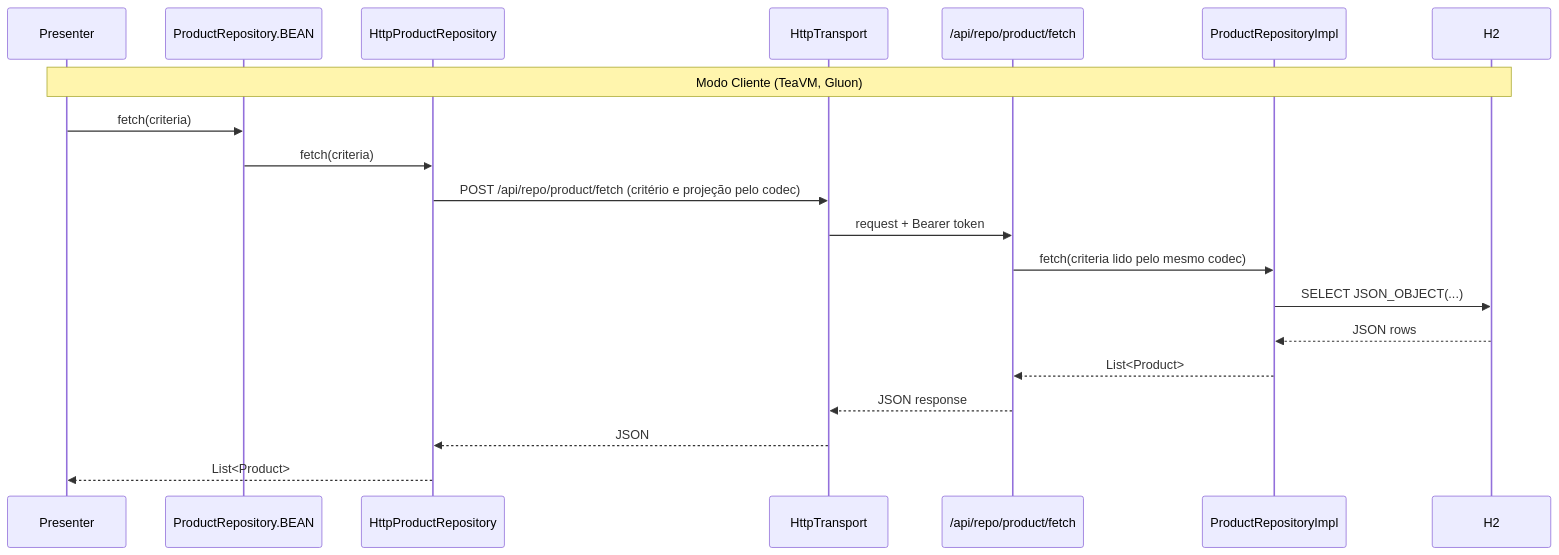
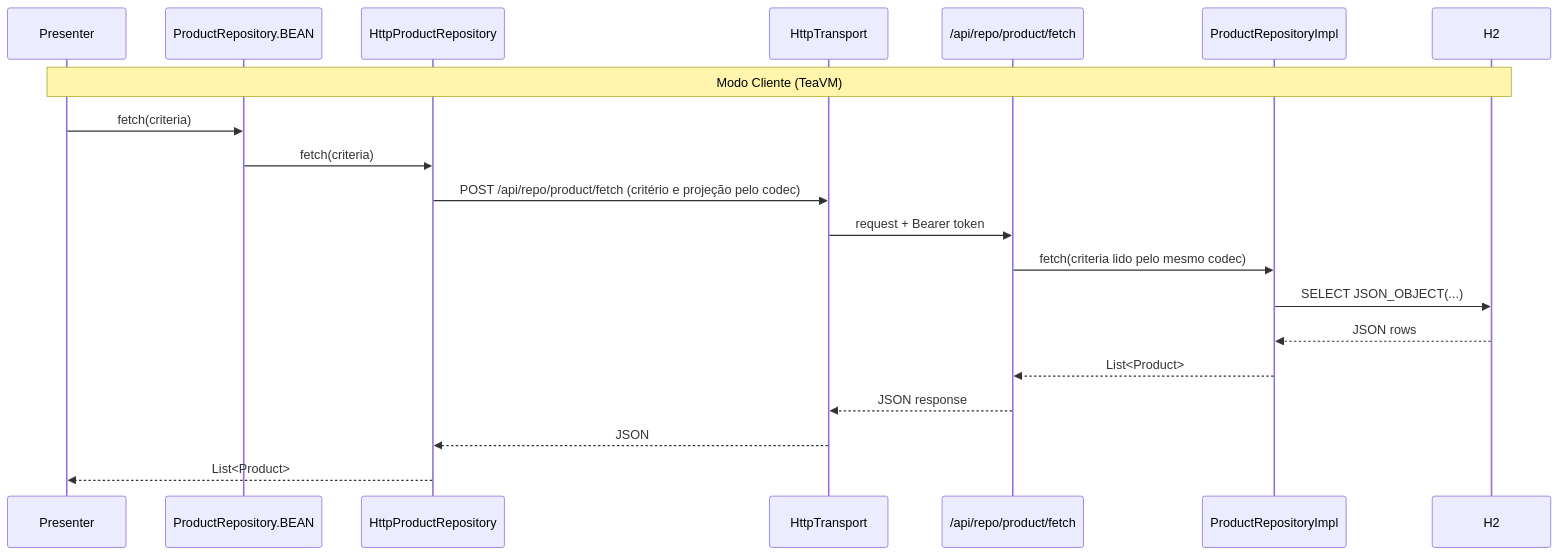
One commit to mrcdom/wdc-cube-java-v2 changed the fifth of 5 diagrams in docs/camada-de-dados.md. Above: the diagram before and after it, drawn with Mermaid. The commit also changed other lines of this file and 86 other files, not shown here.

````diff
--- a/docs/camada-de-dados.md
+++ b/docs/camada-de-dados.md
@@ -686,23 +686,23 @@
 ```mermaid
 sequenceDiagram
     participant Presenter
     participant BEAN as ProductRepository.BEAN
     participant Http as HttpProductRepository
     participant Transport as HttpTransport
     participant API as /api/repo/product/fetch
     participant Impl as ProductRepositoryImpl
     participant DB as H2
 
-    note over Presenter,DB: Modo Cliente (TeaVM, Gluon)
+    note over Presenter,DB: Modo Cliente (TeaVM)
     Presenter->>BEAN: fetch(criteria)
     BEAN->>Http: fetch(criteria)
     Http->>Transport: POST /api/repo/product/fetch (critério e projeção pelo codec)
     Transport->>API: request + Bearer token
     API->>Impl: fetch(criteria lido pelo mesmo codec)
     Impl->>DB: SELECT JSON_OBJECT(...)
     DB-->>Impl: JSON rows
     Impl-->>API: List<Product>
     API-->>Transport: JSON response
     Transport-->>Http: JSON
     Http-->>Presenter: List<Product>
 ```
````
